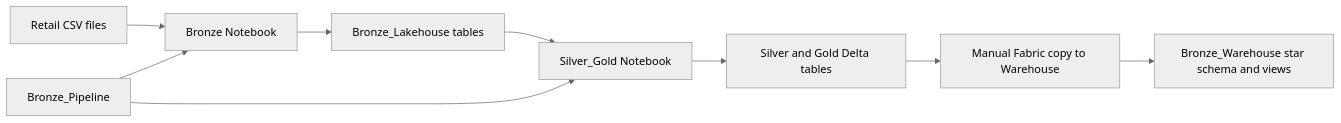
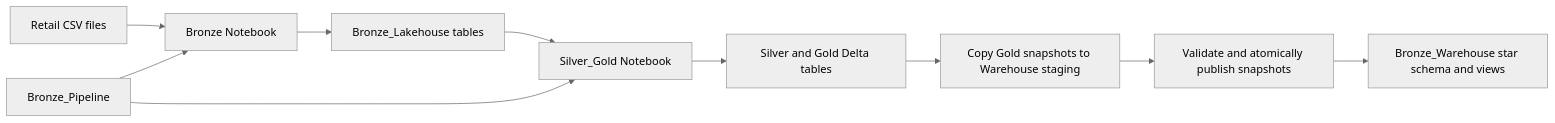
The diagram in README.md (TugceOzdeger/Fabric), drawn with Mermaid (neutral theme) before and after one commit. The commit also changed other lines of this file and 8 other files, not shown here.

Commit message:
Add Gold-to-Warehouse snapshot pipeline

````diff
--- a/README.md
+++ b/README.md
@@ -10,11 +10,12 @@
 ```mermaid
 flowchart LR
     csv[Retail CSV files] --> bronze[Bronze Notebook]
     bronze --> lake[Bronze_Lakehouse tables]
     lake --> silver[Silver_Gold Notebook]
     silver --> gold[Silver and Gold Delta tables]
-    gold --> load[Manual Fabric copy to Warehouse]
-    load --> warehouse[Bronze_Warehouse star schema and views]
+    gold --> stage[Copy Gold snapshots to Warehouse staging]
+    stage --> publish[Validate and atomically publish snapshots]
+    publish --> warehouse[Bronze_Warehouse star schema and views]
     pipeline[Bronze_Pipeline] --> bronze
     pipeline --> silver
 ```
````
